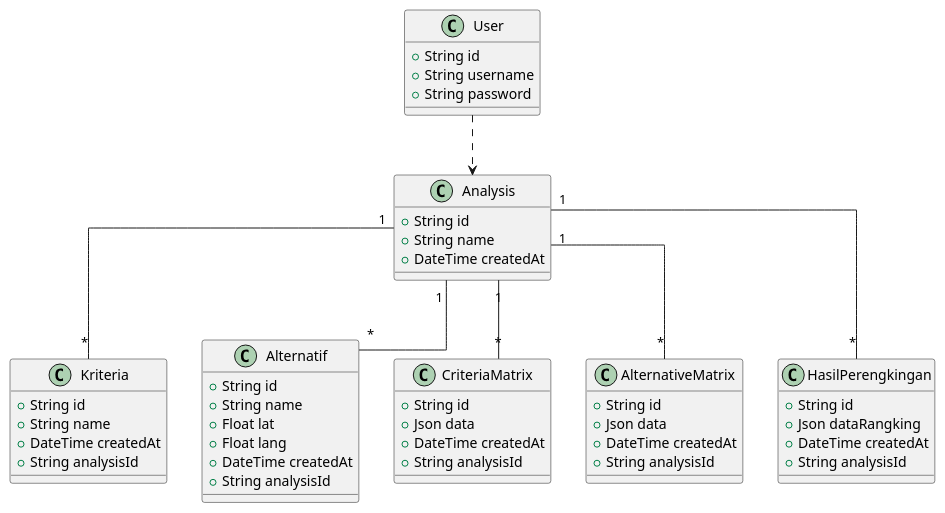
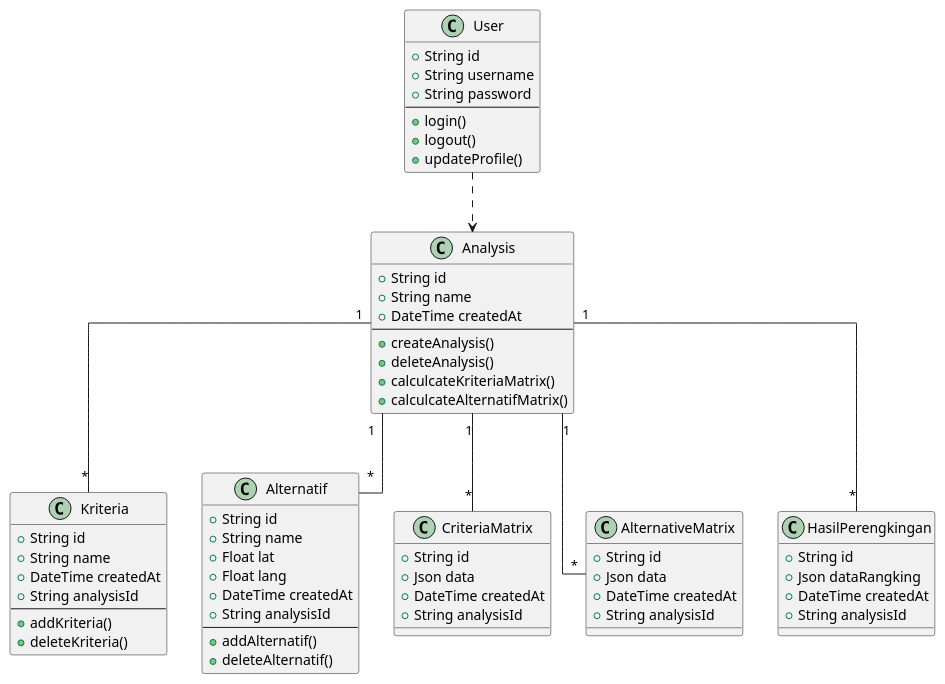
Before and after one commit to ren-zi-fa/spk-ahp-gis: the diagram in diagram/database.puml, drawn with PlantUML. The commit also changed 24 other files, not shown here.

```diff
--- a/diagram/database.puml
+++ b/diagram/database.puml
@@ -1,63 +1,80 @@
-  @startuml
-  ' Class Diagram My-SPK
-  top to bottom direction
-  skinparam linetype ortho
+@startuml
+' Class Diagram My-SPK
+top to bottom direction
+skinparam linetype ortho
 
-  class Analysis {
-    +String id
-    +String name
-    +DateTime createdAt
-  }
+class User {
+  +String id
+  +String username
+  +String password
+  --
+  +login()
+  +logout()
+  +updateProfile()
+}
 
-  class Kriteria {
-    +String id
-    +String name
-    +DateTime createdAt
-    +String analysisId
-  }
+class Analysis {
+  +String id
+  +String name
+  +DateTime createdAt
+  --
+  +createAnalysis()
+  +deleteAnalysis()
+  +calculcateKriteriaMatrix()
+  +calculcateAlternatifMatrix()
+}
 
-  class Alternatif {
-    +String id
-    +String name
-    +Float lat
-    +Float lang
-    +DateTime createdAt
-    +String analysisId
-  }
+class Kriteria {
+  +String id
+  +String name
+  +DateTime createdAt
+  +String analysisId
+  --
+  +addKriteria()
+  +deleteKriteria()
+}
 
-  class CriteriaMatrix {
-    +String id
-    +Json data
-    +DateTime createdAt
-    +String analysisId
-  }
+class Alternatif {
+  +String id
+  +String name
+  +Float lat
+  +Float lang
+  +DateTime createdAt
+  +String analysisId
+  --
+  +addAlternatif()
+  +deleteAlternatif()
+}
 
-  class AlternativeMatrix {
-    +String id
-    +Json data
-    +DateTime createdAt
-    +String analysisId
-  }
+class CriteriaMatrix {
+  +String id
+  +Json data
+  +DateTime createdAt
+  +String analysisId
+}
 
-  class HasilPerengkingan {
-    +String id
-    +Json dataRangking
-    +DateTime createdAt
-    +String analysisId
-  }
-  class User {
-    +String id
-    +String username
-    +String password
-  }
+class AlternativeMatrix {
+  +String id
+  +Json data
+  +DateTime createdAt
+  +String analysisId
+}
 
-  ' Relationships
+class HasilPerengkingan {
+  +String id
+  +Json dataRangking
+  +DateTime createdAt
+  +String analysisId
+}
 
-    User ..> Analysis
-  Analysis "1" -- "*" Kriteria 
-  Analysis "1" -- "*" Alternatif 
-  Analysis "1" -- "*" CriteriaMatrix 
-  Analysis "1" -- "*" AlternativeMatrix 
-  Analysis "1" -- "*" HasilPerengkingan 
 
-  @enduml
+' Relationships
+
+User ..> Analysis
+Analysis "1" -- "*" Kriteria 
+Analysis "1" -- "*" Alternatif 
+Analysis "1" -- "*" CriteriaMatrix 
+Analysis "1" -- "*" AlternativeMatrix 
+Analysis "1" -- "*" HasilPerengkingan 
+
+@enduml
```
